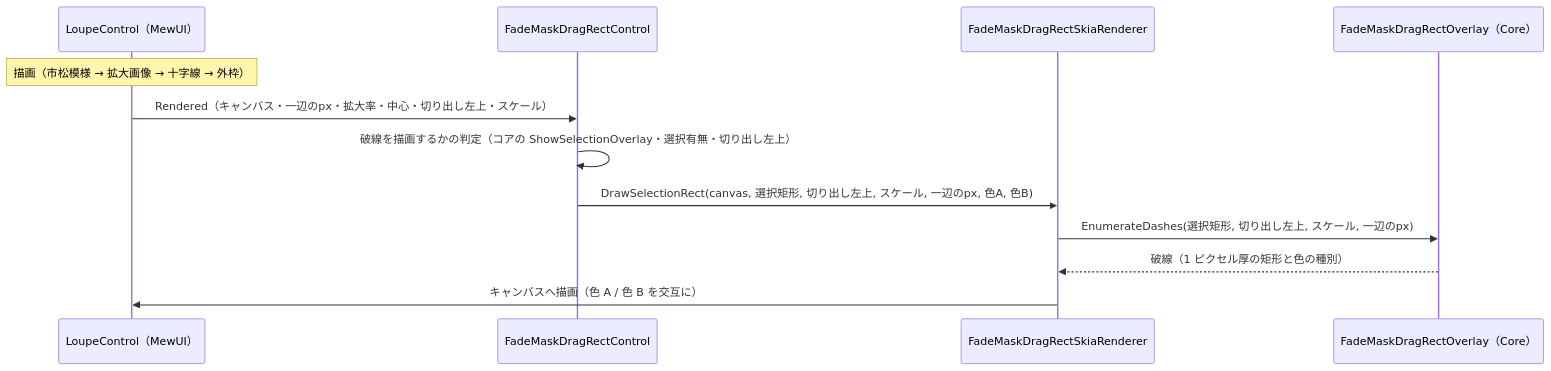
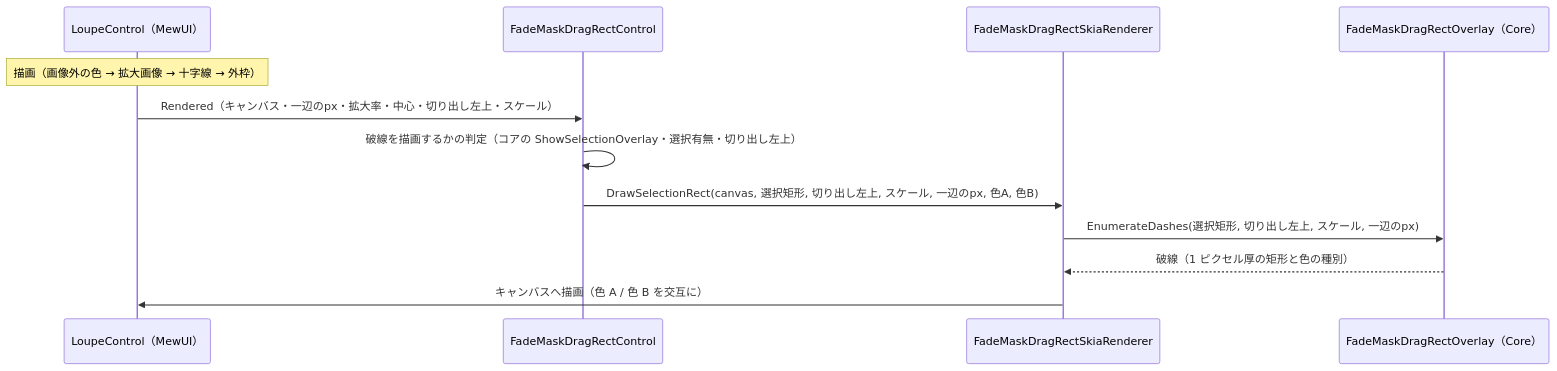
One commit to tomokuni/SaveEvidence changed the third of 4 diagrams in src/FadeMaskDragRectControl.MewUI/SPEC_System.md. Above: the diagram before and after it, drawn with Mermaid. The commit also changed 80 other files, not shown here.

````diff
--- a/src/FadeMaskDragRectControl.MewUI/SPEC_System.md
+++ b/src/FadeMaskDragRectControl.MewUI/SPEC_System.md
@@ -196,15 +196,15 @@
 ```mermaid
 sequenceDiagram
     participant Loupe as LoupeControl（MewUI）
     participant Facade as FadeMaskDragRectControl
     participant Renderer as FadeMaskDragRectSkiaRenderer
     participant Core as FadeMaskDragRectOverlay（Core）
 
-    Note over Loupe: 描画（市松模様 → 拡大画像 → 十字線 → 外枠）
+    Note over Loupe: 描画（画像外の色 → 拡大画像 → 十字線 → 外枠）
     Loupe->>Facade: Rendered（キャンバス・一辺のpx・拡大率・中心・切り出し左上・スケール）
     Facade->>Facade: 破線を描画するかの判定（コアの ShowSelectionOverlay・選択有無・切り出し左上）
     Facade->>Renderer: DrawSelectionRect(canvas, 選択矩形, 切り出し左上, スケール, 一辺のpx, 色A, 色B)
     Renderer->>Core: EnumerateDashes(選択矩形, 切り出し左上, スケール, 一辺のpx)
     Core-->>Renderer: 破線（1 ピクセル厚の矩形と色の種別）
     Renderer->>Loupe: キャンバスへ描画（色 A / 色 B を交互に）
 ```
````
